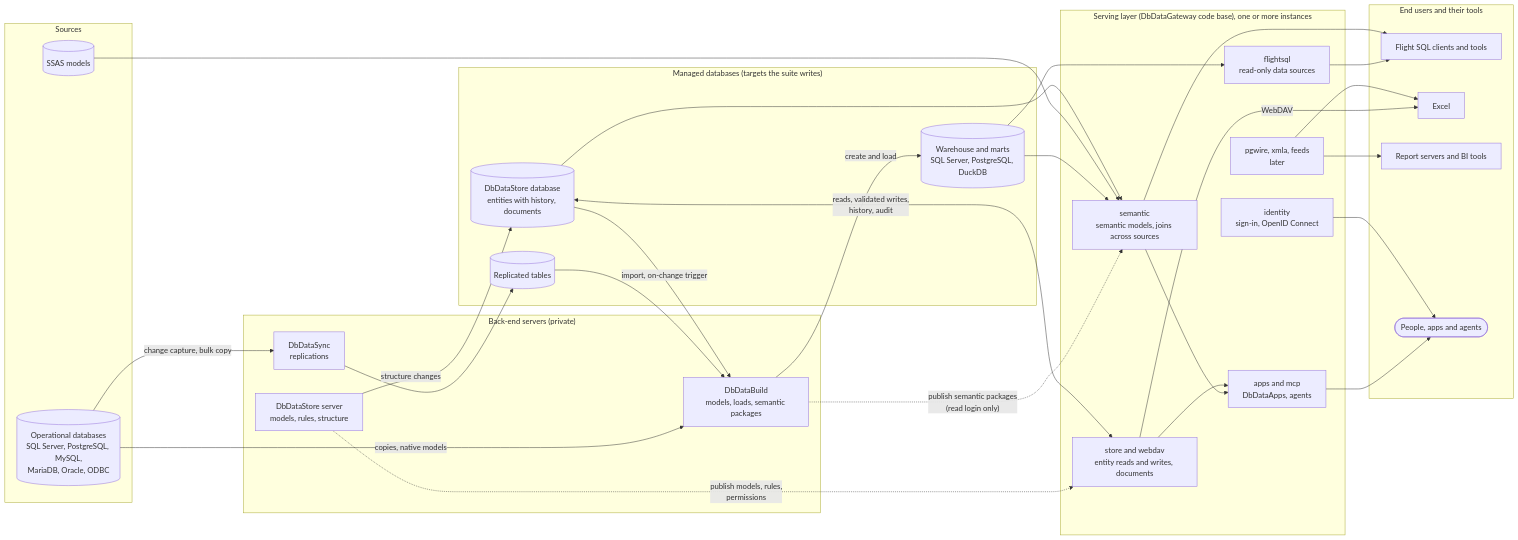
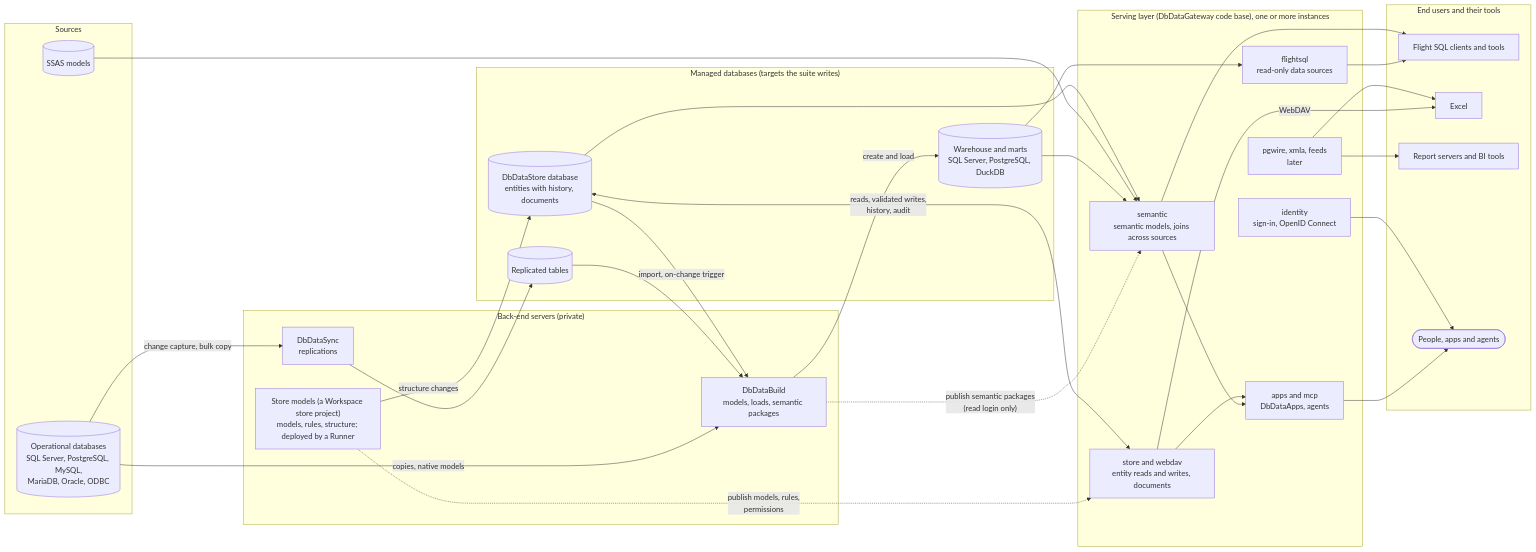
Before and after one commit to DbDataSync/DbDataKit: the first of 2 diagrams in docs/suite-data-flow.md, drawn with Mermaid. The commit also changed other lines of this file and 115 other files, not shown here.

First line of the commit message:
SC23a: the Store server is deleted; dbdatastore is the runtime of a model's package and a command line on a folder of models; SC23 split into slices

````diff
--- a/docs/suite-data-flow.md
+++ b/docs/suite-data-flow.md
@@ -9,62 +9,62 @@
 ```mermaid
 flowchart LR
     subgraph SRC["Sources"]
         SDB[("Operational databases<br/>SQL Server, PostgreSQL, MySQL,<br/>MariaDB, Oracle, ODBC")]
         SSAS[("SSAS models")]
     end
 
     subgraph BACK["Back-end servers (private)"]
         REP["DbDataSync<br/>replications"]
         MODELS["DbDataBuild<br/>models, loads, semantic packages"]
-        STOREDEF["DbDataStore server<br/>models, rules, structure"]
+        STOREDEF["Store models (a Workspace store project)<br/>models, rules, structure; deployed by a Runner"]
     end
 
     subgraph MANAGED["Managed databases (targets the suite writes)"]
         STAGE[("Replicated tables")]
         WH[("Warehouse and marts<br/>SQL Server, PostgreSQL, DuckDB")]
         ENT[("DbDataStore database<br/>entities with history, documents")]
     end
 
     subgraph EDGE["Serving layer (DbDataGateway code base), one or more instances"]
         DS["flightsql<br/>read-only data sources"]
         SEM["semantic<br/>semantic models, joins across sources"]
         STOREMOD["store and webdav<br/>entity reads and writes, documents"]
         APPSMOD["apps and mcp<br/>DbDataApps, agents"]
         IDMOD["identity<br/>sign-in, OpenID Connect"]
         LATER["pgwire, xmla, feeds<br/>later"]
     end
 
     subgraph USE["End users and their tools"]
         CLIENTS["Flight SQL clients and tools"]
         EXCEL["Excel"]
         BI["Report servers and BI tools"]
         PEOPLE(["People, apps and agents"])
     end
 
     SDB -->|"change capture, bulk copy"| REP
     REP --> STAGE
     SDB -->|"copies, native models"| MODELS
     STAGE --> MODELS
     ENT -->|"import, on-change trigger"| MODELS
     MODELS -->|"create and load"| WH
     STOREDEF -->|"structure changes"| ENT
 
     MODELS -.->|"publish semantic packages<br/>(read login only)"| SEM
     STOREDEF -.->|"publish models, rules,<br/>permissions"| STOREMOD
 
     WH --> DS
     WH --> SEM
     SSAS --> SEM
     ENT --> SEM
     ENT <-->|"reads, validated writes,<br/>history, audit"| STOREMOD
 
     DS --> CLIENTS
     SEM --> CLIENTS
     SEM --> APPSMOD
     STOREMOD --> APPSMOD
     STOREMOD -->|"WebDAV"| EXCEL
     LATER --> EXCEL
     LATER --> BI
     APPSMOD --> PEOPLE
     IDMOD --> PEOPLE
 ```
````
